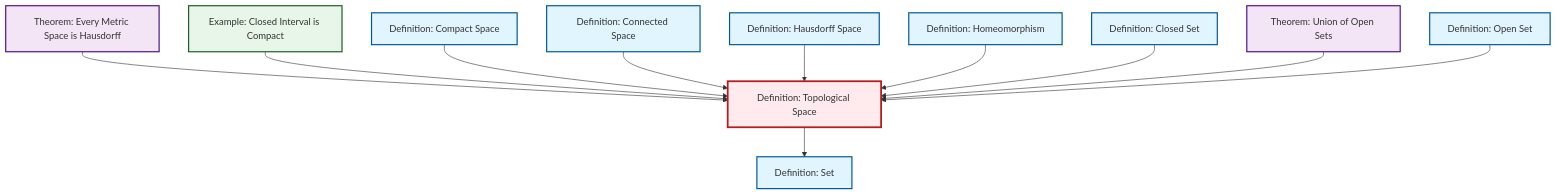
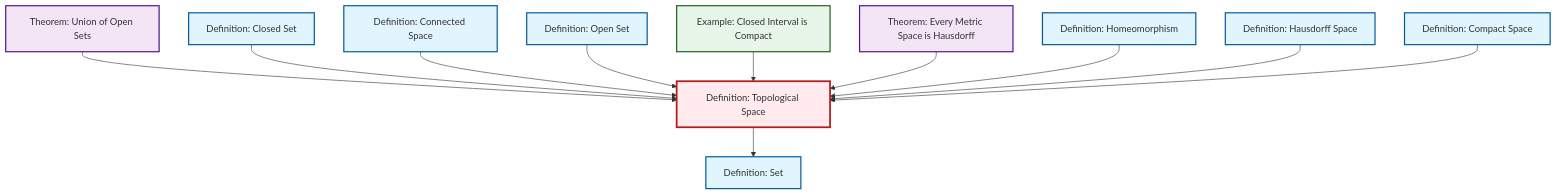
The diagram in content/en/topology/def-topological-space.qmd (RK0429/ModernMath), drawn with Mermaid before and after one commit. The commit also changed other lines of this file and 615 other files, not shown here.

````diff
--- a/content/en/topology/def-topological-space.qmd
+++ b/content/en/topology/def-topological-space.qmd
@@ -59,41 +59,41 @@
 ```{mermaid}
 %%| fig-cap: "Local dependency graph"
 graph TD
     classDef definition fill:#e1f5fe,stroke:#01579b,stroke-width:2px
     classDef theorem fill:#f3e5f5,stroke:#4a148c,stroke-width:2px
     classDef axiom fill:#fff3e0,stroke:#e65100,stroke-width:2px
     classDef example fill:#e8f5e9,stroke:#1b5e20,stroke-width:2px
     classDef current fill:#ffebee,stroke:#b71c1c,stroke-width:3px
+    def-closed-set["Definition: Closed Set"]:::definition
+    def-hausdorff["Definition: Hausdorff Space"]:::definition
+    def-set["Definition: Set"]:::definition
     ex-closed-interval-compact["Example: Closed Interval is Compact"]:::example
+    def-open-set["Definition: Open Set"]:::definition
+    thm-union-open-sets["Theorem: Union of Open Sets"]:::theorem
+    def-compact["Definition: Compact Space"]:::definition
+    def-connected["Definition: Connected Space"]:::definition
+    def-homeomorphism["Definition: Homeomorphism"]:::definition
     thm-metric-hausdorff["Theorem: Every Metric Space is Hausdorff"]:::theorem
-    def-open-set["Definition: Open Set"]:::definition
-    def-set["Definition: Set"]:::definition
-    def-homeomorphism["Definition: Homeomorphism"]:::definition
-    thm-union-open-sets["Theorem: Union of Open Sets"]:::theorem
-    def-connected["Definition: Connected Space"]:::definition
-    def-closed-set["Definition: Closed Set"]:::definition
     def-topological-space["Definition: Topological Space"]:::definition
-    def-hausdorff["Definition: Hausdorff Space"]:::definition
-    def-compact["Definition: Compact Space"]:::definition
+    thm-union-open-sets --> def-topological-space
+    def-closed-set --> def-topological-space
+    def-connected --> def-topological-space
+    def-open-set --> def-topological-space
+    ex-closed-interval-compact --> def-topological-space
     thm-metric-hausdorff --> def-topological-space
+    def-homeomorphism --> def-topological-space
+    def-hausdorff --> def-topological-space
     def-topological-space --> def-set
-    ex-closed-interval-compact --> def-topological-space
     def-compact --> def-topological-space
-    def-connected --> def-topological-space
-    def-hausdorff --> def-topological-space
-    def-homeomorphism --> def-topological-space
-    def-closed-set --> def-topological-space
-    thm-union-open-sets --> def-topological-space
-    def-open-set --> def-topological-space
     class def-topological-space current
-    click ex-closed-interval-compact "ex-closed-interval-compact.html" "Go to Closed Interval is Compact example"
-    click thm-metric-hausdorff "thm-metric-hausdorff.html" "Go to Every Metric Space is Hausdorff theorem"
-    click def-open-set "def-open-set.html" "Go to Open Set definition"
-    click def-set "def-set.html" "Go to Set definition"
-    click def-homeomorphism "def-homeomorphism.html" "Go to Homeomorphism definition"
-    click thm-union-open-sets "thm-union-open-sets.html" "Go to Union of Open Sets theorem"
-    click def-connected "def-connected.html" "Go to Connected Space definition"
     click def-closed-set "def-closed-set.html" "Go to Closed Set definition"
     click def-hausdorff "def-hausdorff.html" "Go to Hausdorff Space definition"
+    click def-set "def-set.html" "Go to Set definition"
+    click ex-closed-interval-compact "ex-closed-interval-compact.html" "Go to Closed Interval is Compact example"
+    click def-open-set "def-open-set.html" "Go to Open Set definition"
+    click thm-union-open-sets "thm-union-open-sets.html" "Go to Union of Open Sets theorem"
     click def-compact "def-compact.html" "Go to Compact Space definition"
+    click def-connected "def-connected.html" "Go to Connected Space definition"
+    click def-homeomorphism "def-homeomorphism.html" "Go to Homeomorphism definition"
+    click thm-metric-hausdorff "thm-metric-hausdorff.html" "Go to Every Metric Space is Hausdorff theorem"
 ```
````
